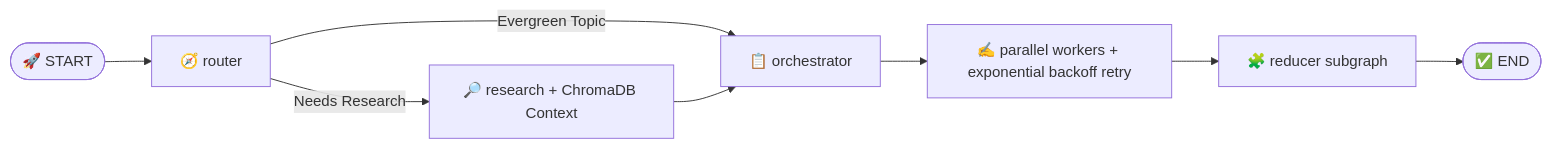
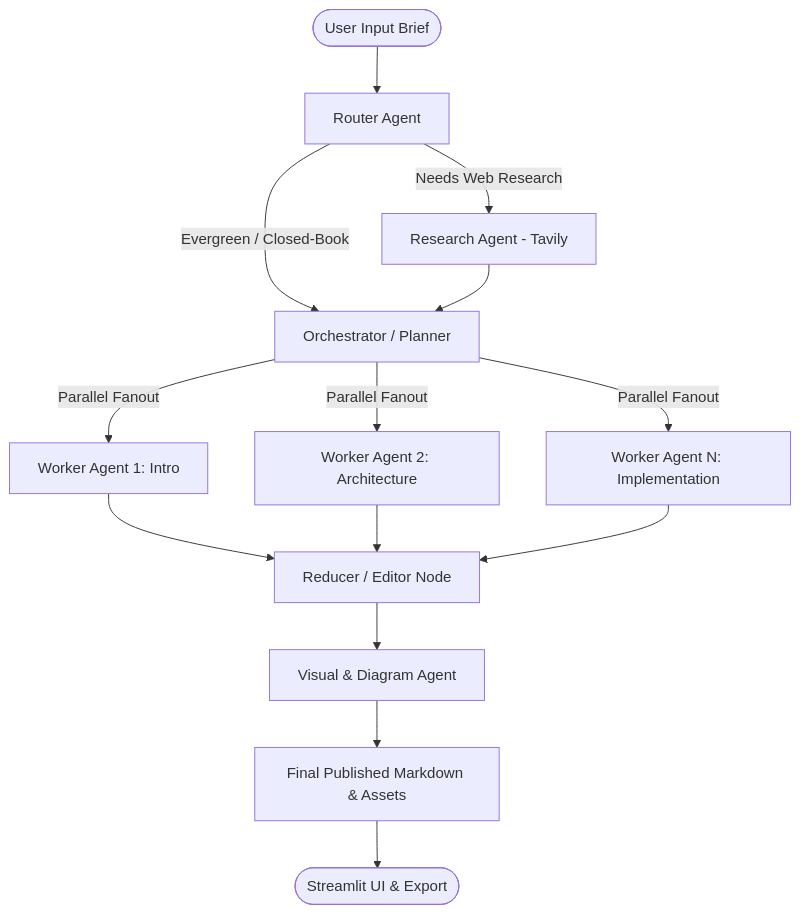
One commit to jeetsinghbhati7773/blog-writing-multi-agent changed the diagram in README.md. Above: the diagram before and after it, drawn with Mermaid. The commit also changed other lines of this file and 24 other files, not shown here.

````diff
--- a/README.md
+++ b/README.md
@@ -42,10 +31,21 @@
 ```mermaid
-graph LR
-    START([🚀 START]) --> Router[🧭 router]
-    Router -- Needs Research --> Research[🔎 research + ChromaDB Context]
-    Router -- Evergreen Topic --> Orchestrator[📋 orchestrator]
+flowchart TD
+    Start([User Input Brief]) --> Router[Router Agent]
+    
+    Router -->|Needs Web Research| Research[Research Agent - Tavily]
+    Router -->|Evergreen / Closed-Book| Orchestrator[Orchestrator / Planner]
+    
     Research --> Orchestrator
-    Orchestrator --> Worker[✍️ parallel workers + exponential backoff retry]
-    Worker --> Reducer[🧩 reducer subgraph]
-    Reducer --> END([✅ END])
+    
+    Orchestrator -->|Parallel Fanout| Worker1[Worker Agent 1: Intro]
+    Orchestrator -->|Parallel Fanout| Worker2[Worker Agent 2: Architecture]
+    Orchestrator -->|Parallel Fanout| Worker3[Worker Agent N: Implementation]
+    
+    Worker1 --> Reducer[Reducer / Editor Node]
+    Worker2 --> Reducer
+    Worker3 --> Reducer
+    
+    Reducer --> Visual[Visual & Diagram Agent]
+    Visual --> Final[Final Published Markdown & Assets]
+    Final --> End([Streamlit UI & Export])
 ```
````
